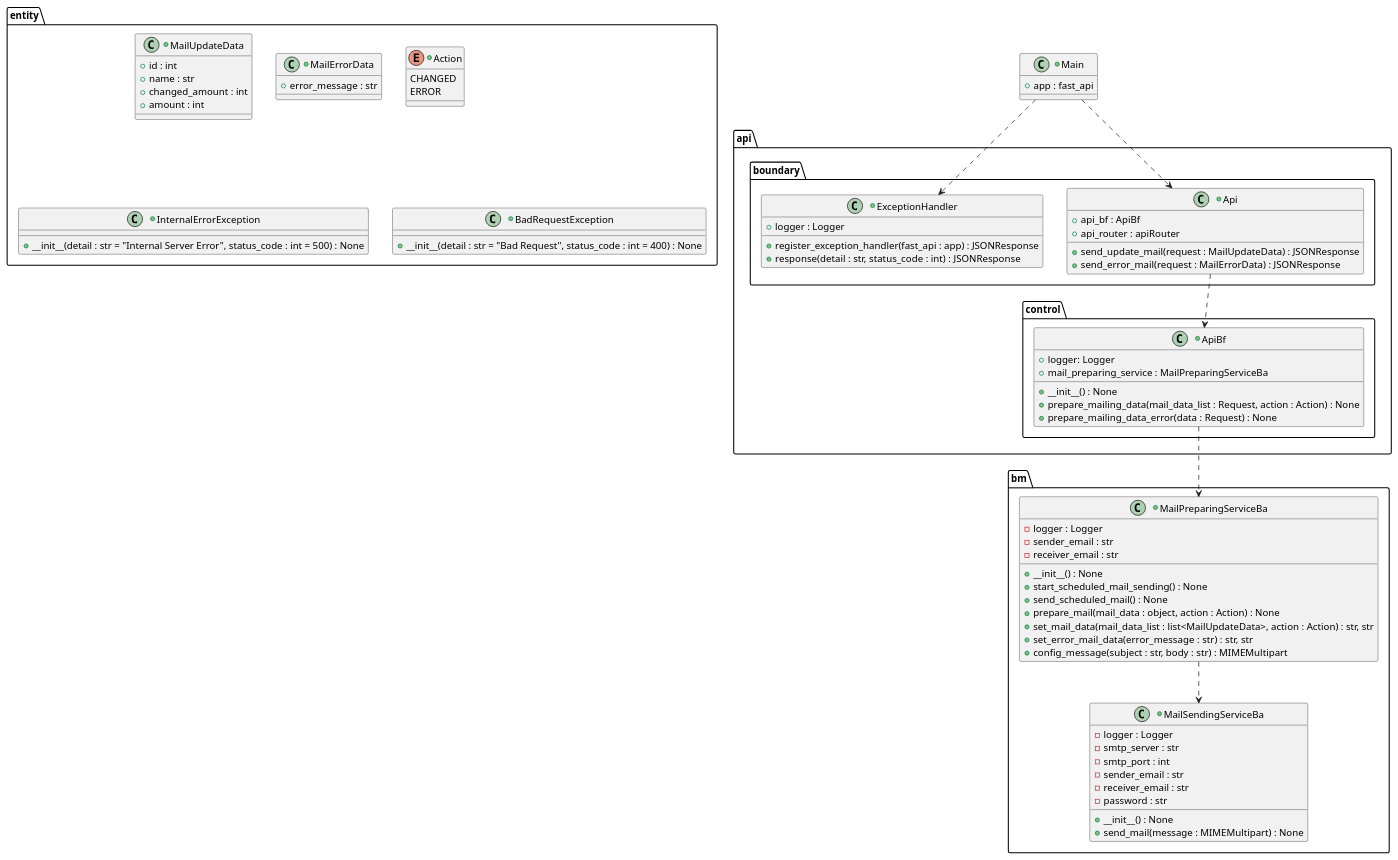
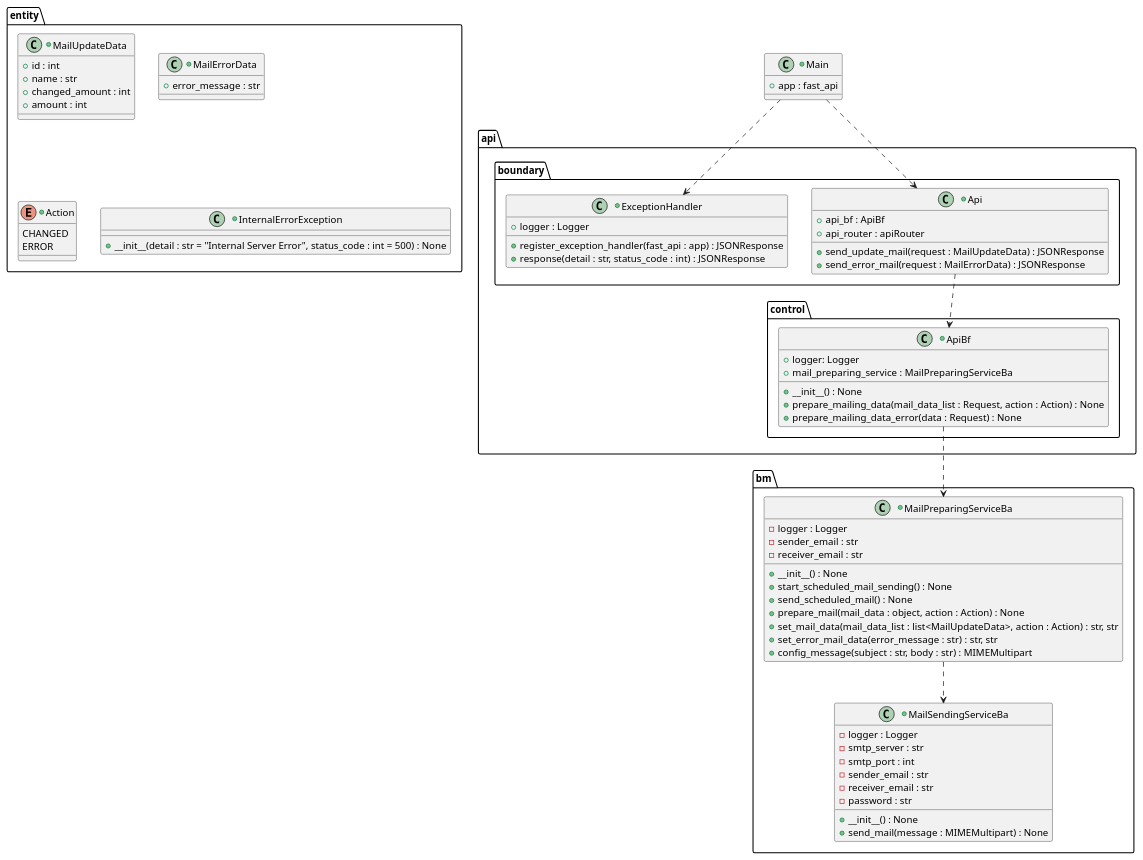
The diagram in doc/documentation/services/mailing_service/class_diagram.puml (Marcey1611/stock-tracker-project-sysad-ws2425), drawn with PlantUML before and after one commit. The commit also changed 2 other files, not shown here.

```diff
--- a/doc/documentation/services/mailing_service/class_diagram.puml
+++ b/doc/documentation/services/mailing_service/class_diagram.puml
@@ -1,100 +1,96 @@
 @startuml
 
 package api {
     package boundary {
         +class Api {
             +api_bf : ApiBf
             +api_router : apiRouter
 
             +send_update_mail(request : MailUpdateData) : JSONResponse
             +send_error_mail(request : MailErrorData) : JSONResponse
         }
 
         +class ExceptionHandler {
             +logger : Logger
 
             +register_exception_handler(fast_api : app) : JSONResponse
             +response(detail : str, status_code : int) : JSONResponse
         }
     }
 
     package control {
         +class ApiBf {
             +logger: Logger
             +mail_preparing_service : MailPreparingServiceBa
 
 
             +__init__() : None
             +prepare_mailing_data(mail_data_list : Request, action : Action) : None
             +prepare_mailing_data_error(data : Request) : None
         }
     }
 }
 
 package bm {
     +class MailPreparingServiceBa {
         - logger : Logger
         - sender_email : str
         - receiver_email : str
 
         + __init__() : None
         + start_scheduled_mail_sending() : None
         + send_scheduled_mail() : None
         + prepare_mail(mail_data : object, action : Action) : None
         + set_mail_data(mail_data_list : list<MailUpdateData>, action : Action) : str, str
         + set_error_mail_data(error_message : str) : str, str
         + config_message(subject : str, body : str) : MIMEMultipart
     }
     +class MailSendingServiceBa {
         - logger : Logger
         - smtp_server : str
         - smtp_port : int
         - sender_email : str
         - receiver_email : str
         - password : str
 
         + __init__() : None
         + send_mail(message : MIMEMultipart) : None
     }
 }
 
 package entity {
     +class MailUpdateData {
         + id : int
         + name : str
         + changed_amount : int
         + amount : int
     }
 
     +class MailErrorData {
         + error_message : str
     }
 
     +enum Action {
         CHANGED
         ERROR
     }
 
     +class InternalErrorException {
         + __init__(detail : str = "Internal Server Error", status_code : int = 500) : None
     }
-
-    +class BadRequestException {
-        +__init__(detail : str = "Bad Request", status_code : int = 400) : None
-    }
 }
 
 +class Main {
     +app : fast_api
 }
 
 Main ..> ExceptionHandler
 Main ..> Api
 
 Api ..> ApiBf
 
 ApiBf ..> MailPreparingServiceBa
 
 MailPreparingServiceBa ..> MailSendingServiceBa
 
 @enduml
```
